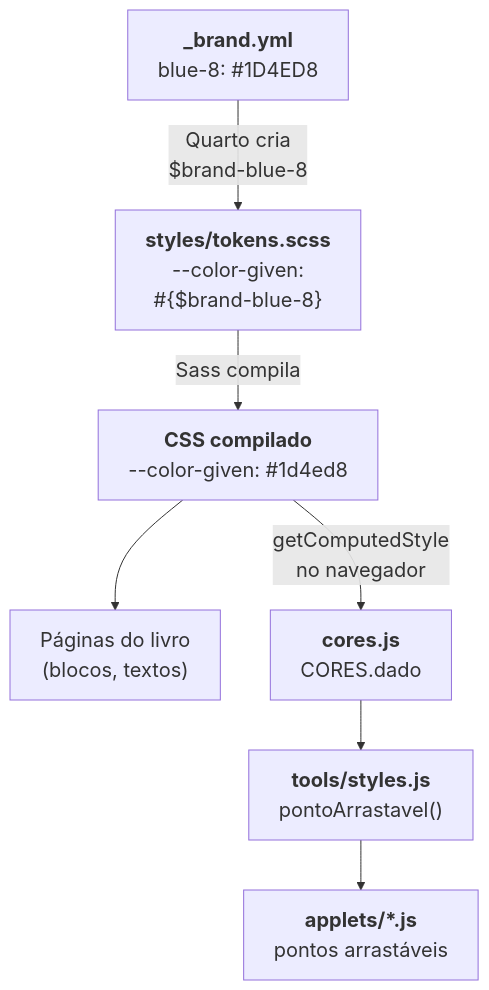
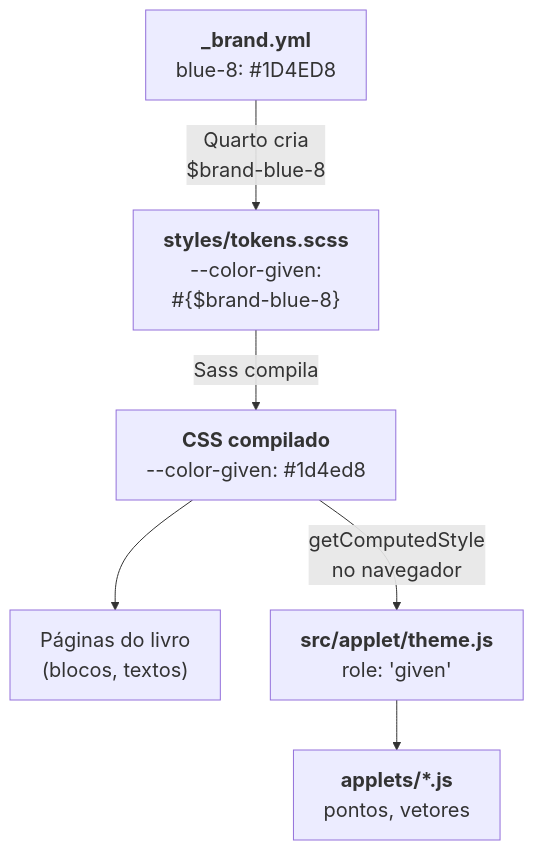
The fourth of 9 diagrams in _interno/diretrizes/arquitetura.md (lcmerlo/livro-online-fcg), drawn with Mermaid before and after one commit. The commit also changed other lines of this file and 9 other files, not shown here.

````diff
--- a/_interno/diretrizes/arquitetura.md
+++ b/_interno/diretrizes/arquitetura.md
@@ -329,18 +303,16 @@
 ```mermaid
 %%{init: {"themeVariables": {"fontSize": "20px"}, "flowchart": {"wrappingWidth": 420}}}%%
 flowchart TD
     b["<b>_brand.yml</b><br/>blue-8: #1D4ED8"]
     s["<b>styles/tokens.scss</b><br/>--color-given:<br/>#{$brand-blue-8}"]
     css["<b>CSS compilado</b><br/>--color-given: #1d4ed8"]
     site["Páginas do livro<br/>(blocos, textos)"]
-    c["<b>cores.js</b><br/>CORES.dado"]
-    st["<b>tools/styles.js</b><br/>pontoArrastavel()"]
-    a["<b>applets/*.js</b><br/>pontos arrastáveis"]
+    t["<b>src/applet/theme.js</b><br/>role: 'given'"]
+    a["<b>applets/*.js</b><br/>pontos, vetores"]
 
     b -->|"Quarto cria<br/>$brand-blue-8"| s
     s -->|"Sass compila"| css
     css --> site
-    css -->|"getComputedStyle<br/>no navegador"| c
-    c --> st
-    st --> a
+    css -->|"getComputedStyle<br/>no navegador"| t
+    t --> a
 ```
````
